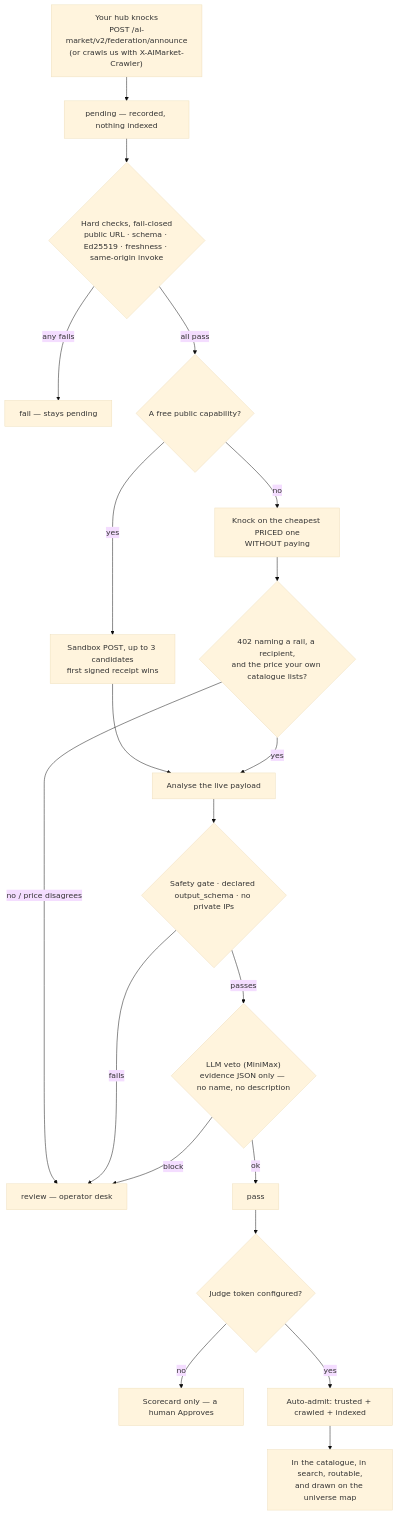
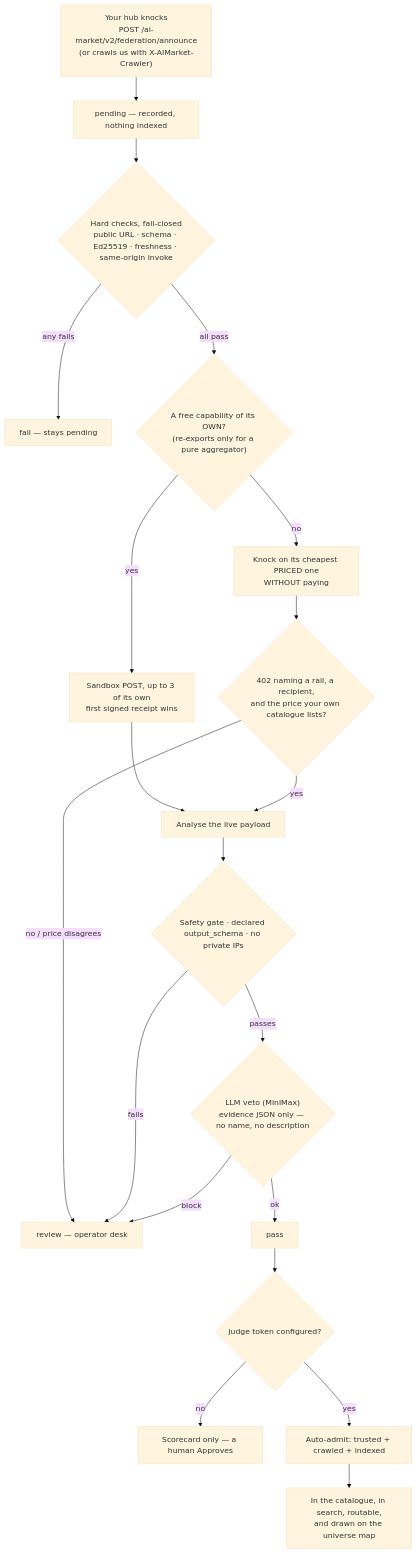
One commit to alexar76/aicom changed the first of 2 diagrams in docs/join-the-federation.md. Above: the diagram before and after it, drawn with Mermaid (base theme). The commit also changed other lines of this file and 496 other files, not shown here.

````diff
--- a/docs/join-the-federation.md
+++ b/docs/join-the-federation.md
@@ -95,22 +105,22 @@
 ```mermaid
 flowchart TD
     A["Your hub knocks<br/>POST /ai-market/v2/federation/announce<br/>(or crawls us with X-AIMarket-Crawler)"] --> C["pending — recorded, nothing indexed"]
     C --> E{"Hard checks, fail-closed<br/>public URL · schema · Ed25519 · freshness · same-origin invoke"}
     E -- "any fails" --> F["fail — stays pending"]
-    E -- "all pass" --> G{"A free public capability?"}
-    G -- "yes" --> H["Sandbox POST, up to 3 candidates<br/>first signed receipt wins"]
-    G -- "no" --> I["Knock on the cheapest PRICED one<br/>WITHOUT paying"]
+    E -- "all pass" --> G{"A free capability of its OWN?<br/>(re-exports only for a pure aggregator)"}
+    G -- "yes" --> H["Sandbox POST, up to 3 of its own<br/>first signed receipt wins"]
+    G -- "no" --> I["Knock on its cheapest PRICED one<br/>WITHOUT paying"]
     I --> J{"402 naming a rail, a recipient,<br/>and the price your own catalogue lists?"}
     H --> K["Analyse the live payload"]
     J -- "yes" --> K
     J -- "no / price disagrees" --> R["review — operator desk"]
     K --> L{"Safety gate · declared output_schema · no private IPs"}
     L -- "fails" --> R
     L -- "passes" --> M{"LLM veto (MiniMax)<br/>evidence JSON only — no name, no description"}
     M -- "block" --> R
     M -- "ok" --> N["pass"]
     N --> O{"Judge token configured?"}
     O -- "no" --> P["Scorecard only — a human Approves"]
     O -- "yes" --> Q["Auto-admit: trusted + crawled + indexed"]
     Q --> S["In the catalogue, in search, routable,<br/>and drawn on the universe map"]
 ```
````
